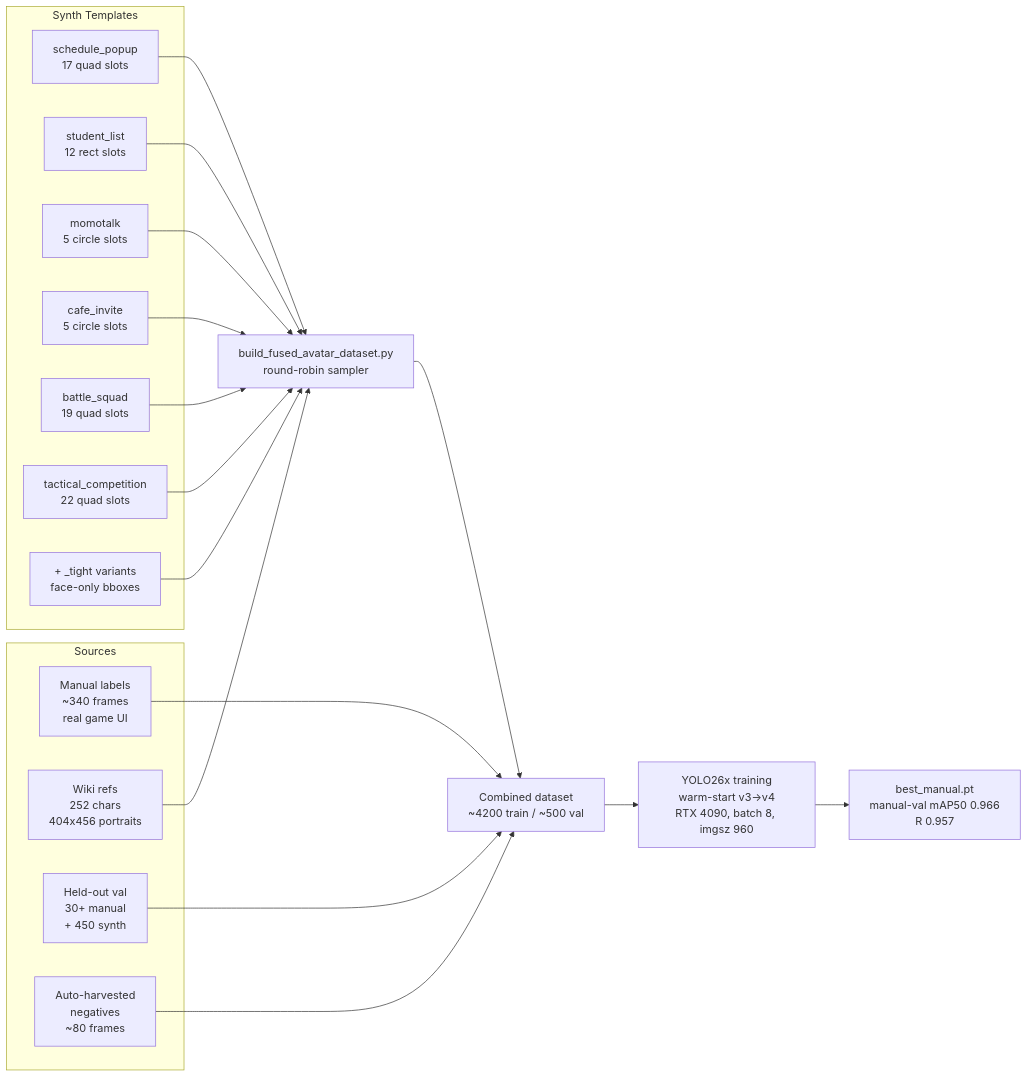
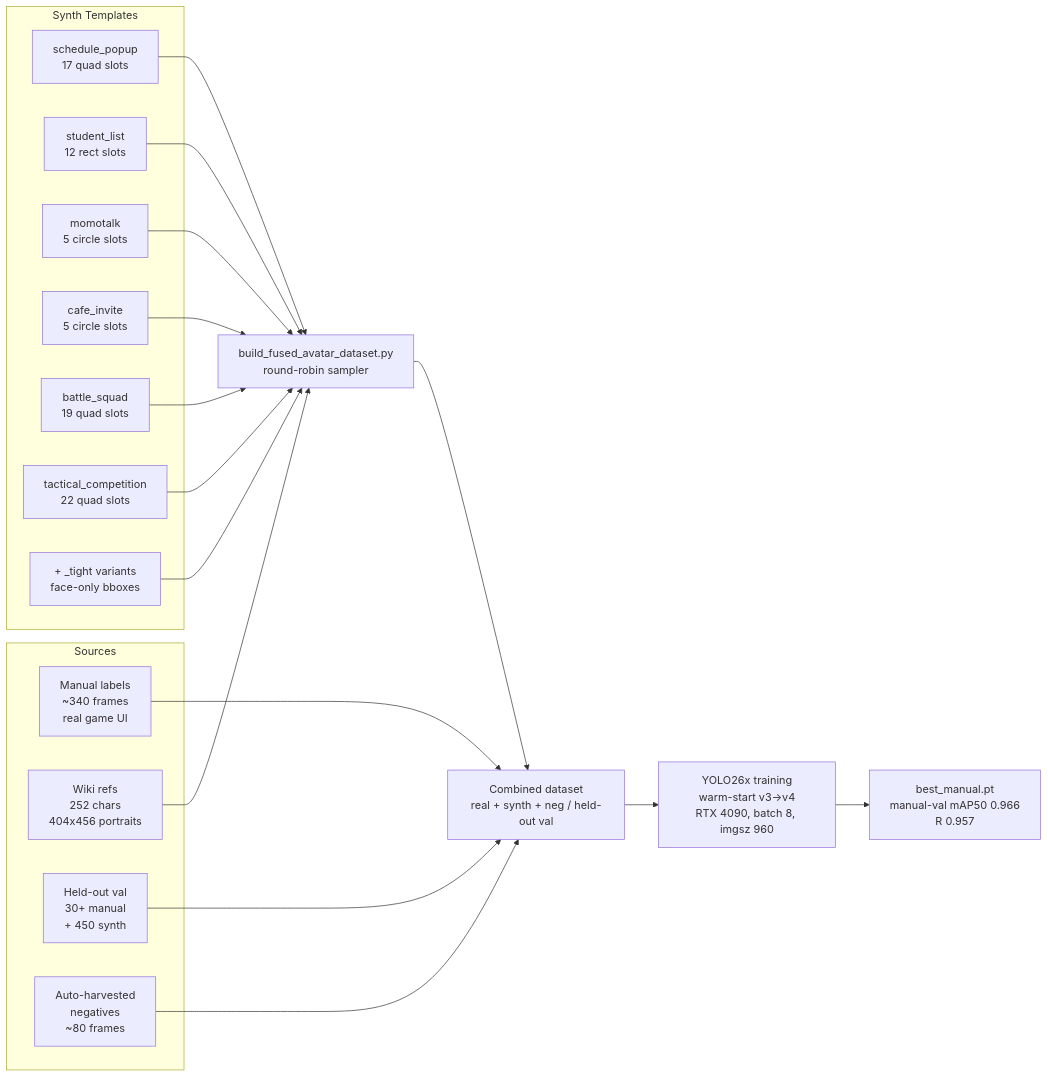
The third of 5 diagrams in README.md (C0k11/blue-archive-assistant), drawn with Mermaid before and after one commit.

Commit message:
docs: drop stale ~4200-train count in avatar diagram

````diff
--- a/README.md
+++ b/README.md
@@ -135,32 +135,32 @@
 ```mermaid
 flowchart LR
     subgraph Sources
         M[Manual labels<br/>~340 frames<br/>real game UI]
         W[Wiki refs<br/>252 chars<br/>404x456 portraits]
         V[Held-out val<br/>30+ manual<br/>+ 450 synth]
         N[Auto-harvested<br/>negatives<br/>~80 frames]
     end
     subgraph Synth Templates
         T1[schedule_popup<br/>17 quad slots]
         T2[student_list<br/>12 rect slots]
         T3[momotalk<br/>5 circle slots]
         T4[cafe_invite<br/>5 circle slots]
         T5[battle_squad<br/>19 quad slots]
         T6[tactical_competition<br/>22 quad slots]
         T7[+ _tight variants<br/>face-only bboxes]
     end
     W --> S[build_fused_avatar_dataset.py<br/>round-robin sampler]
     T1 --> S
     T2 --> S
     T3 --> S
     T4 --> S
     T5 --> S
     T6 --> S
     T7 --> S
-    M --> D[Combined dataset<br/>~4200 train / ~500 val]
+    M --> D[Combined dataset<br/>real + synth + neg / held-out val]
     S --> D
     N --> D
     V --> D
     D --> Y[YOLO26x training<br/>warm-start v3→v4<br/>RTX 4090, batch 8, imgsz 960]
     Y --> B[best_manual.pt<br/>manual-val mAP50 0.966<br/>R 0.957]
 ```
````
